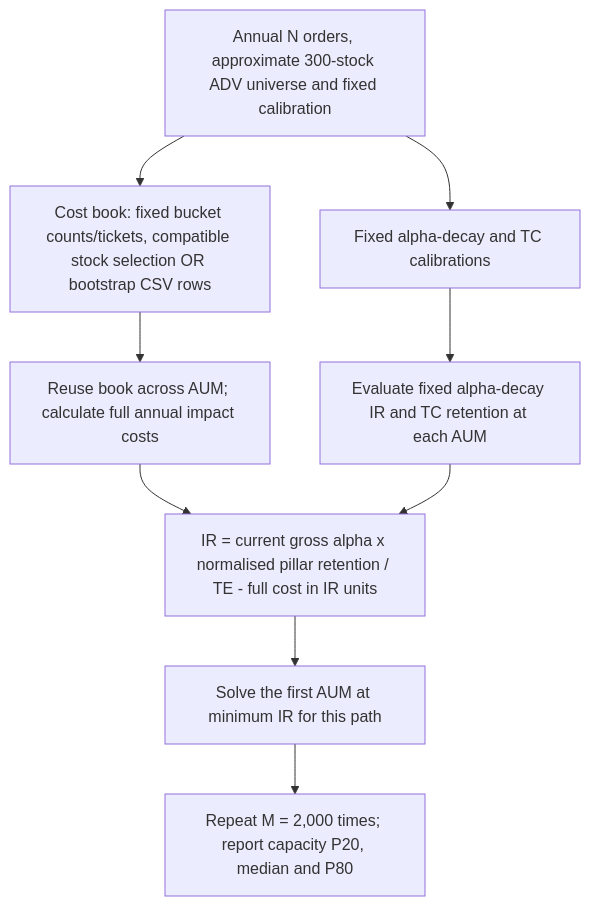
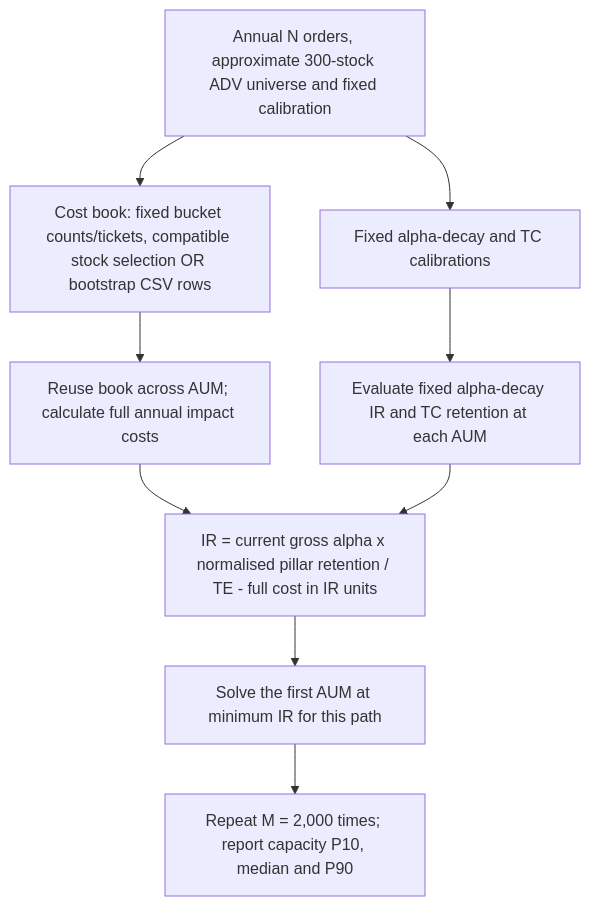
One commit to roddup75/venera changed the diagram in capacity/streamlit/METHODOLOGY.md. Above: the diagram before and after it, drawn with Mermaid. The commit also changed other lines of this file and 12 other files, not shown here.

````diff
--- a/capacity/streamlit/METHODOLOGY.md
+++ b/capacity/streamlit/METHODOLOGY.md
@@ -127,11 +127,11 @@
 ```mermaid
 flowchart TD
     S["Annual N orders, approximate 300-stock ADV universe and fixed calibration"] --> B["Cost book: fixed bucket counts/tickets, compatible stock selection OR bootstrap CSV rows"]
     S --> K["Fixed alpha-decay and TC calibrations"]
     B --> C["Reuse book across AUM; calculate full annual impact costs"]
     K --> I["Evaluate fixed alpha-decay IR and TC retention at each AUM"]
     C --> R["IR = current gross alpha x normalised pillar retention / TE - full cost in IR units"]
     I --> R
     R --> C1["Solve the first AUM at minimum IR for this path"]
-    C1 --> M["Repeat M = 2,000 times; report capacity P20, median and P80"]
+    C1 --> M["Repeat M = 2,000 times; report capacity P10, median and P90"]
 ```
````
